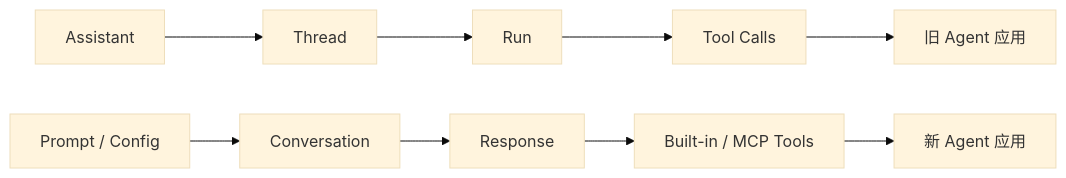
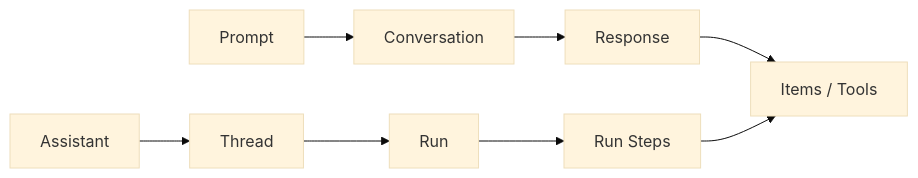
The seventh of 22 diagrams in 260827.md (wlf186/ai-daily-headlines), drawn with Mermaid (base theme) before and after one commit. The commit also changed other lines of this file, not shown here.

````diff
--- a/260827.md
+++ b/260827.md
@@ -186,11 +252,10 @@
 ```mermaid
 flowchart LR
-    OA1[Assistant] --> OA2[Thread]
-    OA2 --> OA3[Run]
-    OA3 --> OA4[Tool Calls]
-    OA4 --> OA5[旧 Agent 应用]
-    NB1[Prompt / Config] --> NB2[Conversation]
-    NB2 --> NB3[Response]
-    NB3 --> NB4[Built-in / MCP Tools]
-    NB4 --> NB5[新 Agent 应用]
+    O1[Assistant] --> O2[Thread]
+    O2 --> O3[Run]
+    O3 --> O4[Run Steps]
+    N1[Prompt] --> N2[Conversation]
+    N2 --> N3[Response]
+    N3 --> N4[Items / Tools]
+    O4 --> N4
 ```
````
